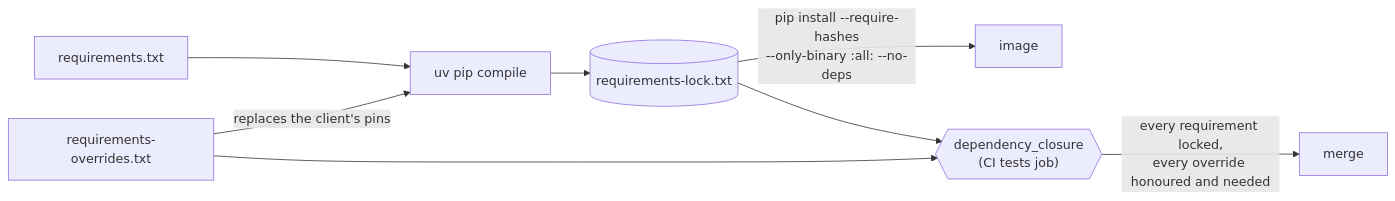
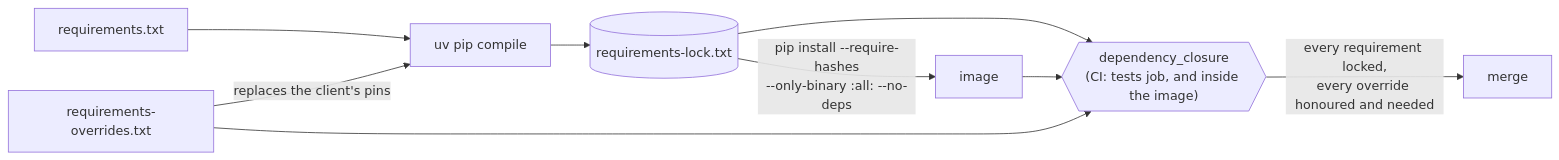
Before and after one commit to Akinzou/TradeLockerBot: the diagram in docs/adr/0017-override-the-clients-vulnerable-pins.md, drawn with Mermaid. The commit also changed other lines of this file and 6 other files, not shown here.

````diff
--- a/docs/adr/0017-override-the-clients-vulnerable-pins.md
+++ b/docs/adr/0017-override-the-clients-vulnerable-pins.md
@@ -56,10 +59,11 @@
 ```mermaid
 flowchart LR
     REQ[requirements.txt] --> UV[uv pip compile]
     OVR[requirements-overrides.txt] -- "replaces the client's pins" --> UV
     UV --> LOCK[(requirements-lock.txt)]
     LOCK -- "pip install --require-hashes<br/>--only-binary :all: --no-deps" --> IMG[image]
-    LOCK --> CL{{"dependency_closure<br/>(CI tests job)"}}
+    LOCK --> CL{{"dependency_closure<br/>(CI: tests job, and inside the image)"}}
+    IMG --> CL
     OVR --> CL
     CL -- "every requirement locked,<br/>every override honoured and needed" --> OK[merge]
 ```
````
